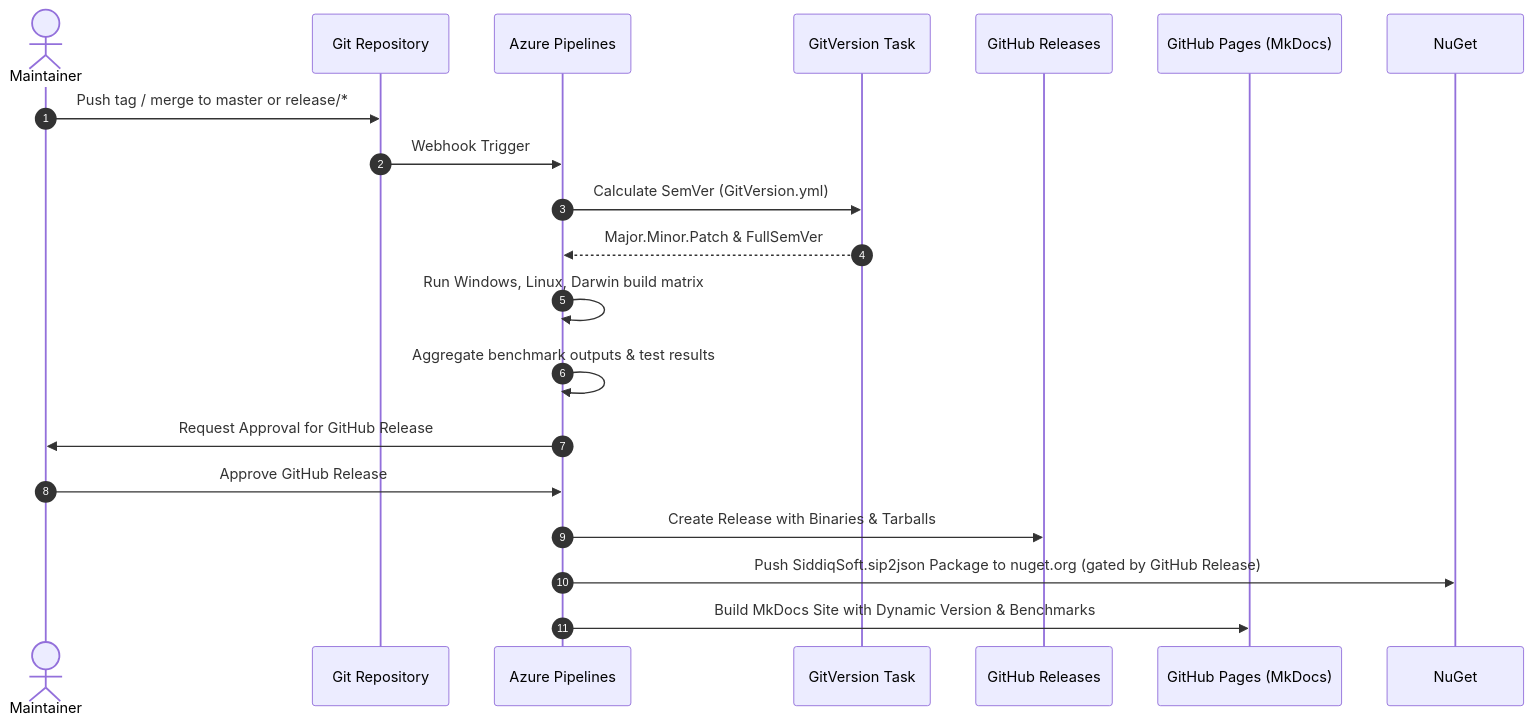
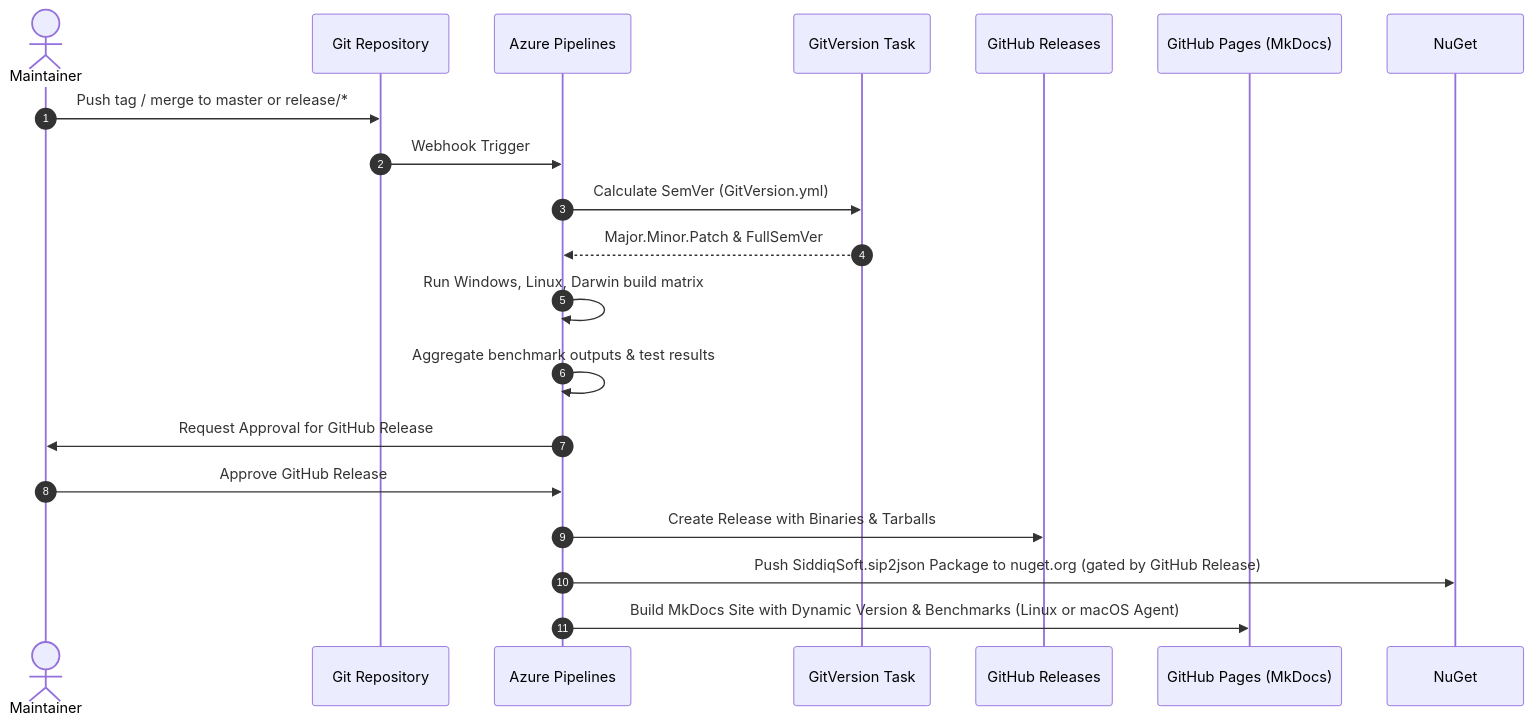
One commit to SiddiqSoft/sip2json changed the fourth of 5 diagrams in docs/maintainers/pipelines.md. Above: the diagram before and after it, drawn with Mermaid. The commit also changed other lines of this file and 42 other files, not shown here.

Commit message:
docs: standardize documentation, Doxygen AST, UML class diagrams, and CI publication

````diff
--- a/docs/maintainers/pipelines.md
+++ b/docs/maintainers/pipelines.md
@@ -273,22 +423,22 @@
 ```mermaid
 sequenceDiagram
     autonumber
     actor Maintainer
     participant Git as Git Repository
     participant Pipeline as Azure Pipelines
     participant GitVersion as GitVersion Task
     participant GitHub as GitHub Releases
     participant Pages as GitHub Pages (MkDocs)
 
     Maintainer->>Git: Push tag / merge to master or release/*
     Git->>Pipeline: Webhook Trigger
     Pipeline->>GitVersion: Calculate SemVer (GitVersion.yml)
     GitVersion-->>Pipeline: Major.Minor.Patch & FullSemVer
     Pipeline->>Pipeline: Run Windows, Linux, Darwin build matrix
     Pipeline->>Pipeline: Aggregate benchmark outputs & test results
     Pipeline->>Maintainer: Request Approval for GitHub Release
     Maintainer->>Pipeline: Approve GitHub Release
     Pipeline->>GitHub: Create Release with Binaries & Tarballs
     Pipeline->>NuGet: Push SiddiqSoft.sip2json Package to nuget.org (gated by GitHub Release)
-    Pipeline->>Pages: Build MkDocs Site with Dynamic Version & Benchmarks
+    Pipeline->>Pages: Build MkDocs Site with Dynamic Version & Benchmarks (Linux or macOS Agent)
 ```
````
